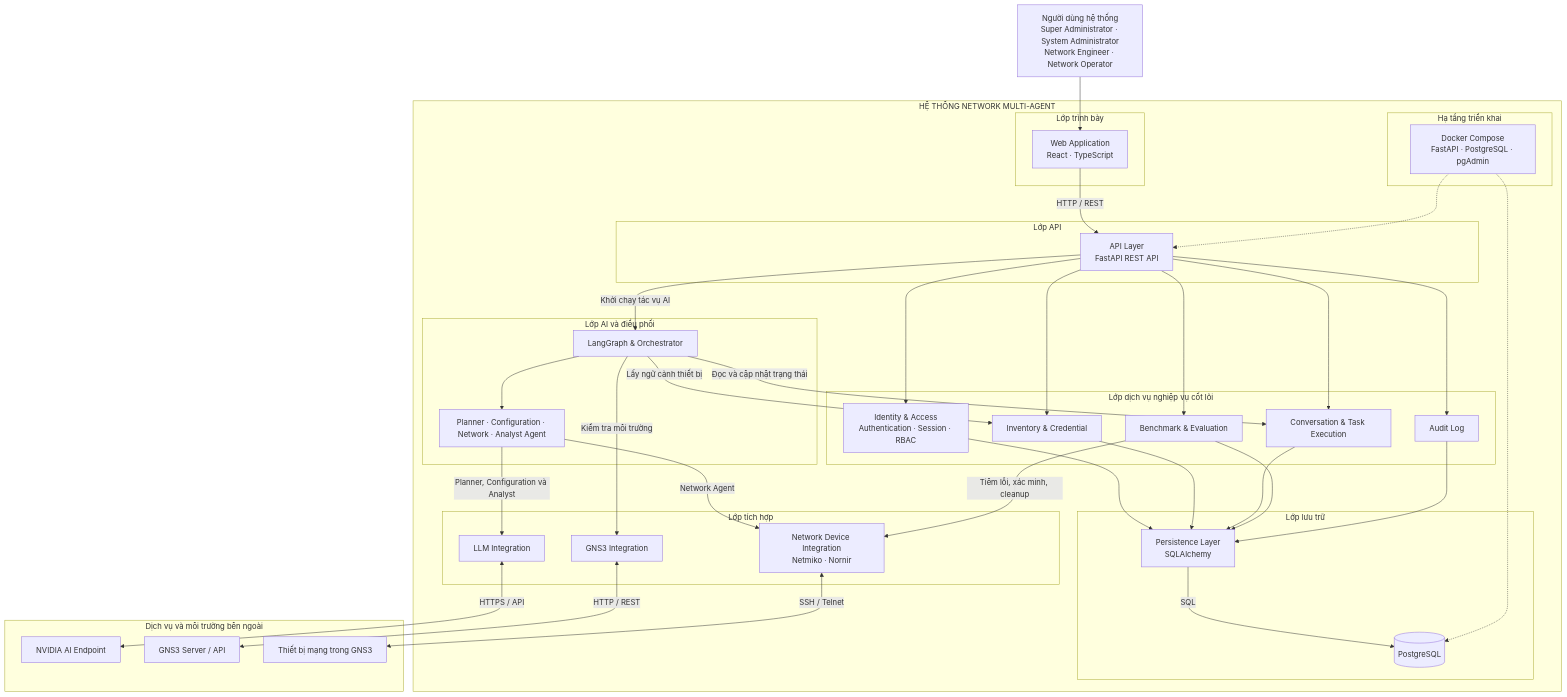
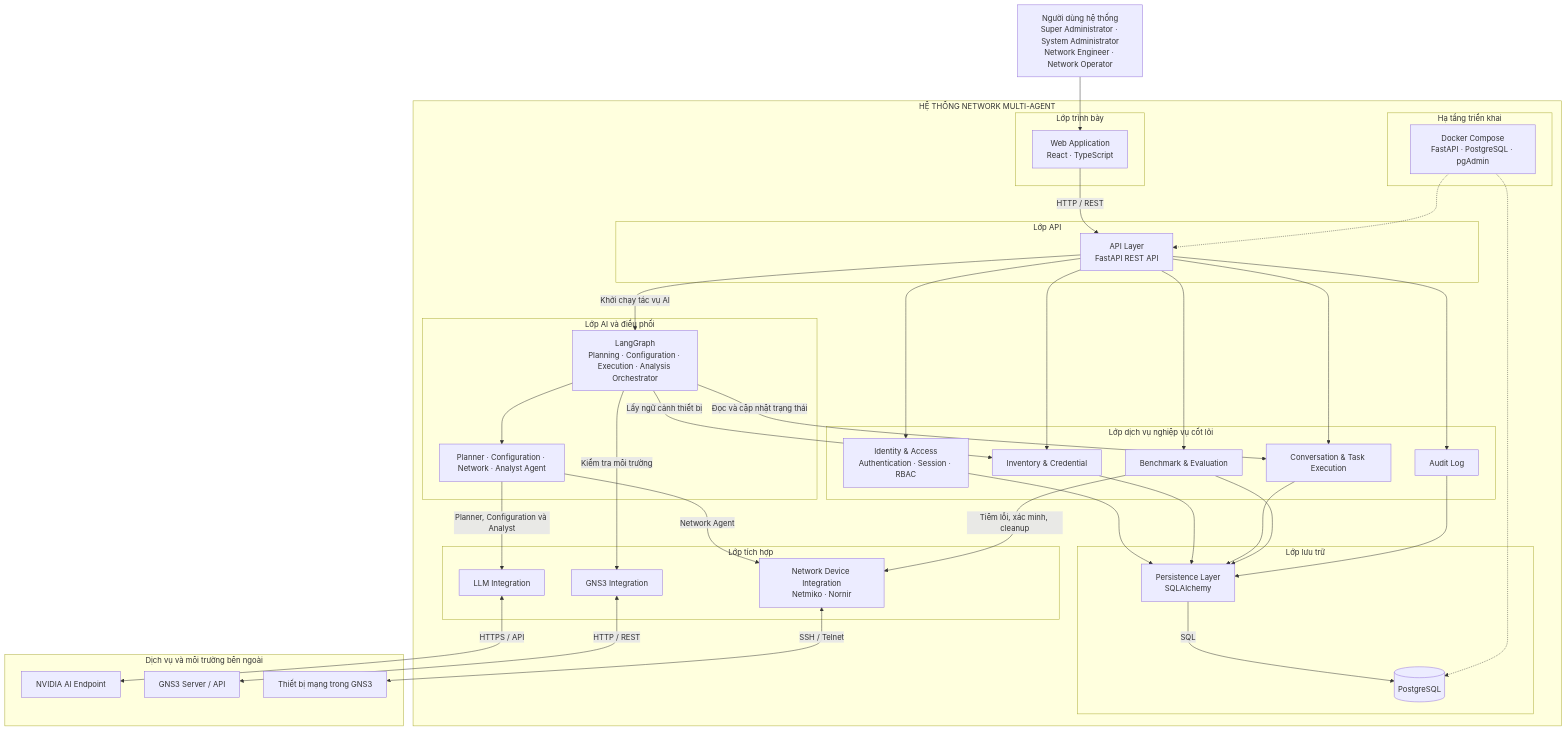
Before and after one commit to mujin0422/network-multi-agent-system-backend: the second of 6 diagrams in docs/reports/report-end-of-term.md, drawn with Mermaid. The commit also changed other lines of this file, not shown here.

Commit message:
docs(report): detail multi-agent orchestration roles

````diff
--- a/docs/reports/report-end-of-term.md
+++ b/docs/reports/report-end-of-term.md
@@ -633,79 +633,79 @@
 ```mermaid
 flowchart TB
     ACTOR["Người dùng hệ thống<br/>Super Administrator · System Administrator<br/>Network Engineer · Network Operator"]
 
     subgraph SYSTEM["HỆ THỐNG NETWORK MULTI-AGENT"]
         subgraph PRESENTATION["Lớp trình bày"]
             FE["Web Application<br/>React · TypeScript"]
         end
 
         subgraph API_LAYER["Lớp API"]
             API["API Layer<br/>FastAPI REST API"]
         end
 
         subgraph CORE["Lớp dịch vụ nghiệp vụ cốt lõi"]
             IDENTITY["Identity & Access<br/>Authentication · Session · RBAC"]
             INVENTORY["Inventory & Credential"]
             OPERATIONS["Conversation & Task Execution"]
             BENCHMARK["Benchmark & Evaluation"]
             AUDIT["Audit Log"]
         end
 
         subgraph AI["Lớp AI và điều phối"]
-            ORCHESTRATION["LangGraph & Orchestrator"]
+            ORCHESTRATION["LangGraph<br/>Planning · Configuration · Execution · Analysis Orchestrator"]
             AGENTS["Planner · Configuration · Network · Analyst Agent"]
         end
 
         subgraph INTEGRATION["Lớp tích hợp"]
             LLMINT["LLM Integration"]
             GNS3INT["GNS3 Integration"]
             NETINT["Network Device Integration<br/>Netmiko · Nornir"]
         end
 
         subgraph DATA["Lớp lưu trữ"]
             PERSISTENCE["Persistence Layer<br/>SQLAlchemy"]
             DB[("PostgreSQL")]
         end
 
         subgraph INFRASTRUCTURE["Hạ tầng triển khai"]
             DEPLOY["Docker Compose<br/>FastAPI · PostgreSQL · pgAdmin"]
         end
 
         FE -->|HTTP / REST| API
         API --> IDENTITY
         API --> INVENTORY
         API --> OPERATIONS
         API --> BENCHMARK
         API --> AUDIT
         API -->|Khởi chạy tác vụ AI| ORCHESTRATION
 
         ORCHESTRATION --> AGENTS
         ORCHESTRATION -->|Đọc và cập nhật trạng thái| OPERATIONS
         ORCHESTRATION -->|Lấy ngữ cảnh thiết bị| INVENTORY
         AGENTS -->|Planner, Configuration và Analyst| LLMINT
         ORCHESTRATION -->|Kiểm tra môi trường| GNS3INT
         AGENTS -->|Network Agent| NETINT
         BENCHMARK -->|Tiêm lỗi, xác minh, cleanup| NETINT
 
         IDENTITY --> PERSISTENCE
         INVENTORY --> PERSISTENCE
         OPERATIONS --> PERSISTENCE
         BENCHMARK --> PERSISTENCE
         AUDIT --> PERSISTENCE
         PERSISTENCE -->|SQL| DB
 
         DEPLOY -.-> API
         DEPLOY -.-> DB
     end
 
     subgraph EXTERNAL["Dịch vụ và môi trường bên ngoài"]
         LLM["NVIDIA AI Endpoint"]
         GNS3["GNS3 Server / API"]
         DEV["Thiết bị mạng trong GNS3"]
     end
 
     ACTOR --> FE
     LLMINT <-->|HTTPS / API| LLM
     GNS3INT <-->|HTTP / REST| GNS3
     NETINT <-->|SSH / Telnet| DEV
 ```
````
